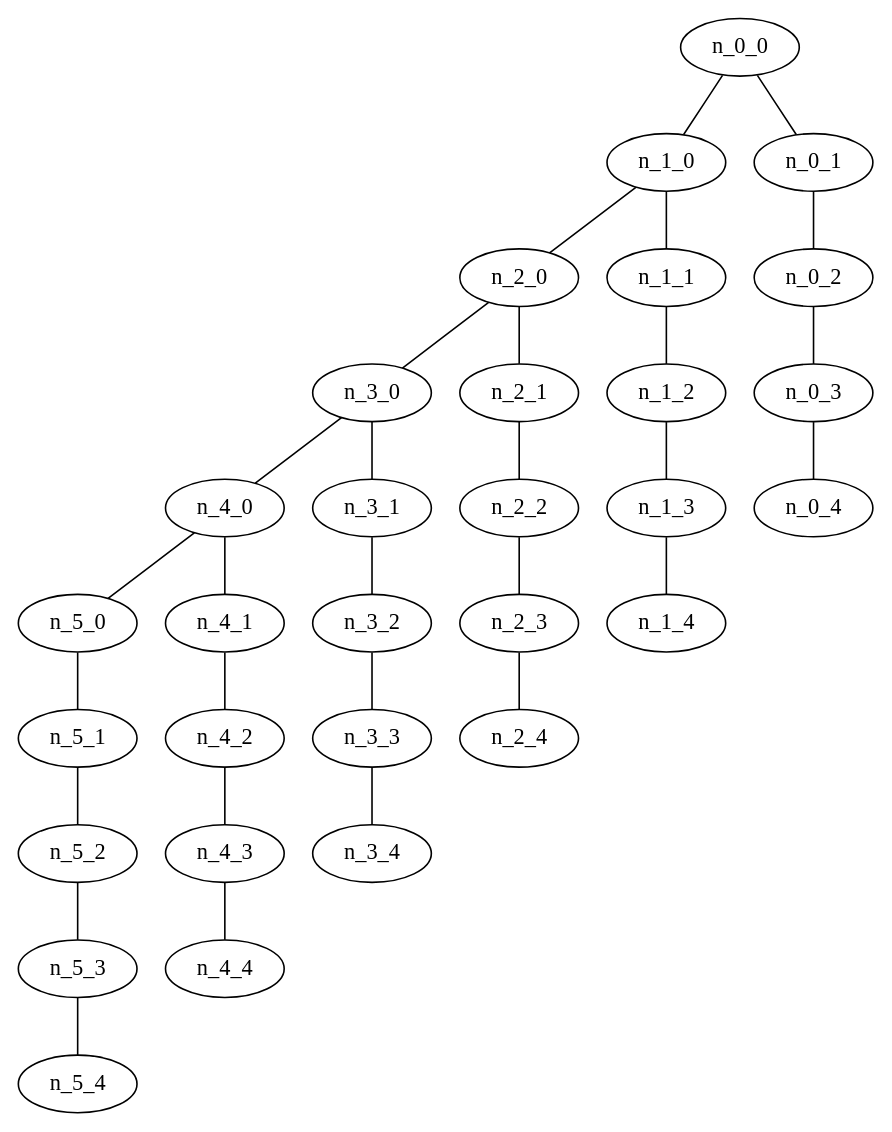
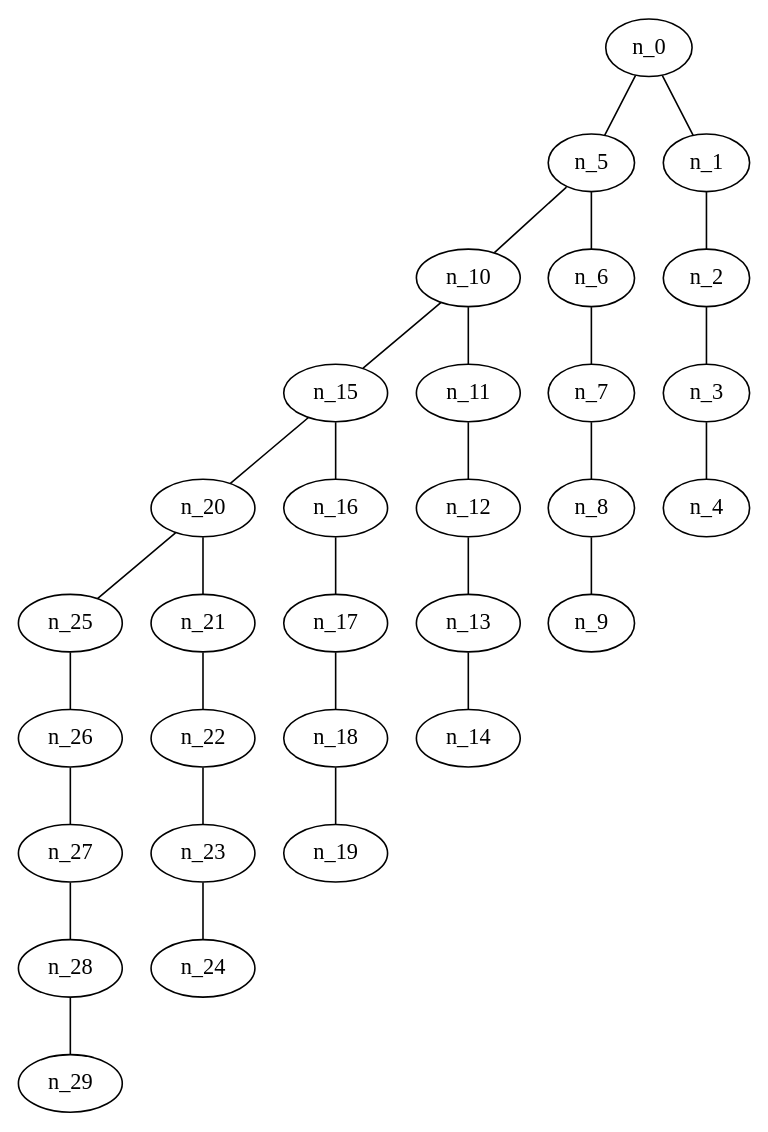
Before and after one commit to AkatzinBH/DAA: the diagram in Proyecto2/30 Nodos/Malla/grafoMalla_6_5_BFS.gv, drawn with Graphviz. The commit also changed 3 other files, not shown here.

```diff
--- a/Proyecto2/30 Nodos/Malla/grafoMalla_6_5_BFS.gv
+++ b/Proyecto2/30 Nodos/Malla/grafoMalla_6_5_BFS.gv
@@ -1,61 +1,61 @@
 graph grafoMalla_6_5_BFS  {
-n_0_0;
-n_1_0;
-n_0_1;
-n_2_0;
-n_1_1;
-n_0_2;
-n_3_0;
-n_2_1;
-n_1_2;
-n_0_3;
-n_4_0;
-n_3_1;
-n_2_2;
-n_1_3;
-n_0_4;
-n_5_0;
-n_4_1;
-n_3_2;
-n_2_3;
-n_1_4;
-n_5_1;
-n_4_2;
-n_3_3;
-n_2_4;
-n_5_2;
-n_4_3;
-n_3_4;
-n_5_3;
-n_4_4;
-n_5_4;
-n_0_0 -- n_1_0;
-n_0_0 -- n_0_1;
-n_1_0 -- n_2_0;
-n_1_0 -- n_1_1;
-n_0_1 -- n_0_2;
-n_2_0 -- n_3_0;
-n_2_0 -- n_2_1;
-n_1_1 -- n_1_2;
-n_0_2 -- n_0_3;
-n_3_0 -- n_4_0;
-n_3_0 -- n_3_1;
-n_2_1 -- n_2_2;
-n_1_2 -- n_1_3;
-n_0_3 -- n_0_4;
-n_4_0 -- n_5_0;
-n_4_0 -- n_4_1;
-n_3_1 -- n_3_2;
-n_2_2 -- n_2_3;
-n_1_3 -- n_1_4;
-n_5_0 -- n_5_1;
-n_4_1 -- n_4_2;
-n_3_2 -- n_3_3;
-n_2_3 -- n_2_4;
-n_5_1 -- n_5_2;
-n_4_2 -- n_4_3;
-n_3_3 -- n_3_4;
-n_5_2 -- n_5_3;
-n_4_3 -- n_4_4;
-n_5_3 -- n_5_4;
+n_0;
+n_5;
+n_1;
+n_10;
+n_6;
+n_2;
+n_15;
+n_11;
+n_7;
+n_3;
+n_20;
+n_16;
+n_12;
+n_8;
+n_4;
+n_25;
+n_21;
+n_17;
+n_13;
+n_9;
+n_26;
+n_22;
+n_18;
+n_14;
+n_27;
+n_23;
+n_19;
+n_28;
+n_24;
+n_29;
+n_0 -- n_5;
+n_0 -- n_1;
+n_5 -- n_10;
+n_5 -- n_6;
+n_1 -- n_2;
+n_10 -- n_15;
+n_10 -- n_11;
+n_6 -- n_7;
+n_2 -- n_3;
+n_15 -- n_20;
+n_15 -- n_16;
+n_11 -- n_12;
+n_7 -- n_8;
+n_3 -- n_4;
+n_20 -- n_25;
+n_20 -- n_21;
+n_16 -- n_17;
+n_12 -- n_13;
+n_8 -- n_9;
+n_25 -- n_26;
+n_21 -- n_22;
+n_17 -- n_18;
+n_13 -- n_14;
+n_26 -- n_27;
+n_22 -- n_23;
+n_18 -- n_19;
+n_27 -- n_28;
+n_23 -- n_24;
+n_28 -- n_29;
 }
```
